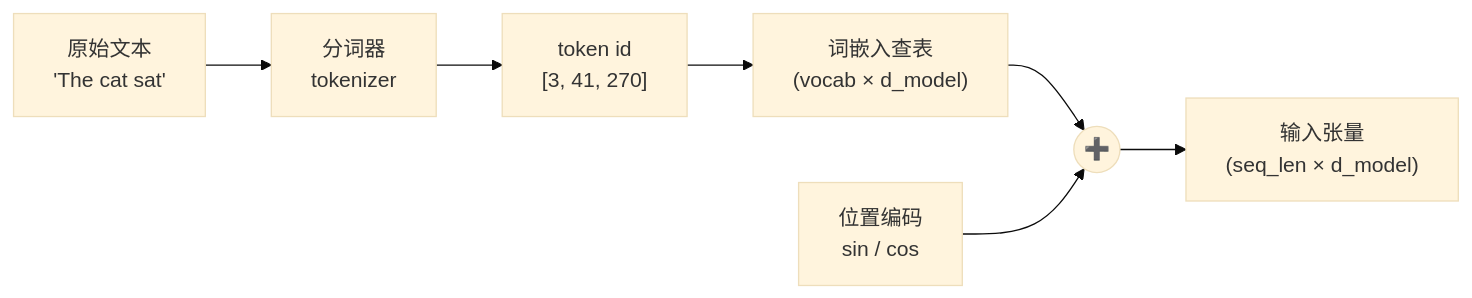
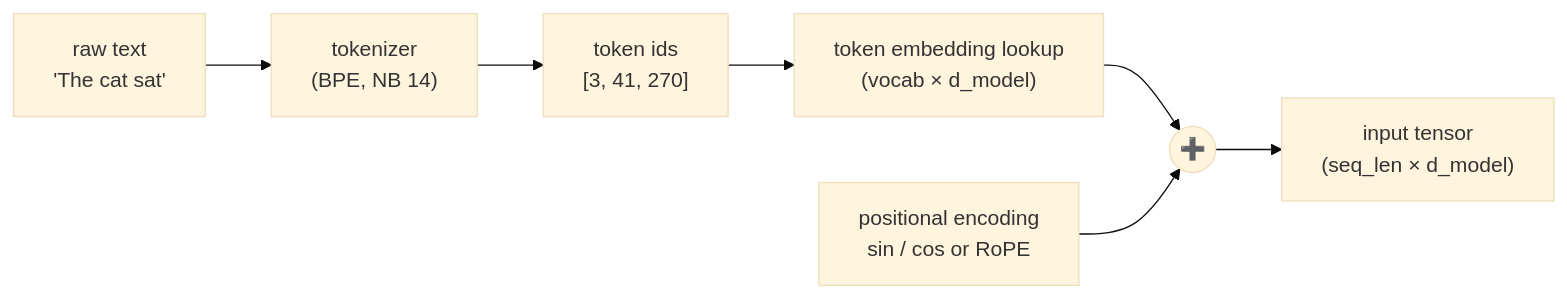
Before and after one commit to Alas129/transformer-playground: the third of 23 diagrams in docs/diagrams.md, drawn with Mermaid (base theme). The commit also changed other lines of this file, not shown here.

Commit message:
updated diagrams

````diff
--- a/docs/diagrams.md
+++ b/docs/diagrams.md
@@ -61,9 +73,9 @@
 ```mermaid
 flowchart LR
-    txt["原始文本<br/>'The cat sat'"] --> tok["分词器<br/>tokenizer"]
-    tok --> ids["token id<br/>[3, 41, 270]"]
-    ids --> emb["词嵌入查表<br/>(vocab × d_model)"]
+    txt["raw text<br/>'The cat sat'"] --> tok["tokenizer<br/>(BPE, NB 14)"]
+    tok --> ids["token ids<br/>[3, 41, 270]"]
+    ids --> emb["token embedding lookup<br/>(vocab × d_model)"]
     emb --> add(("➕"))
-    pos["位置编码<br/>sin / cos"] --> add
-    add --> out["输入张量<br/>(seq_len × d_model)"]
+    pos["positional encoding<br/>sin / cos or RoPE"] --> add
+    add --> out["input tensor<br/>(seq_len × d_model)"]
 ```
````
